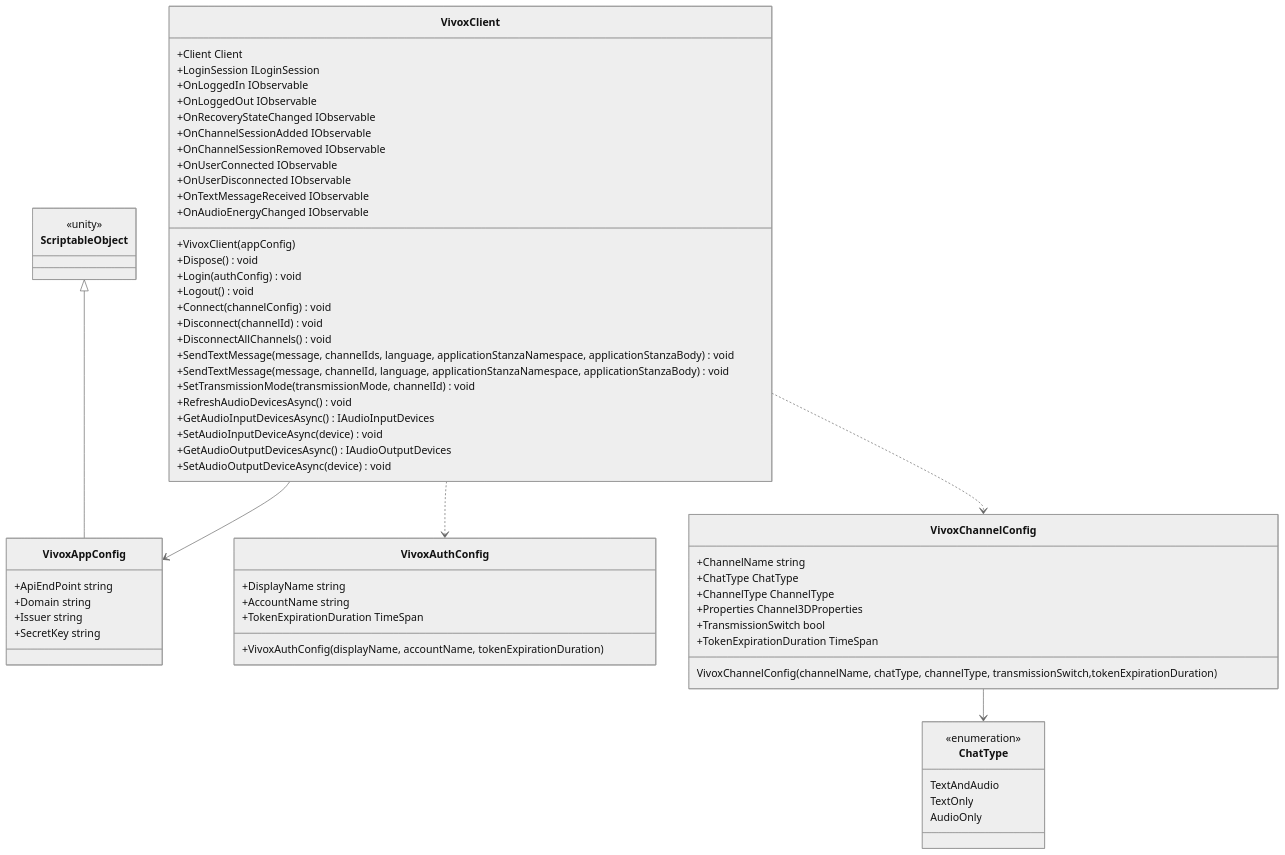
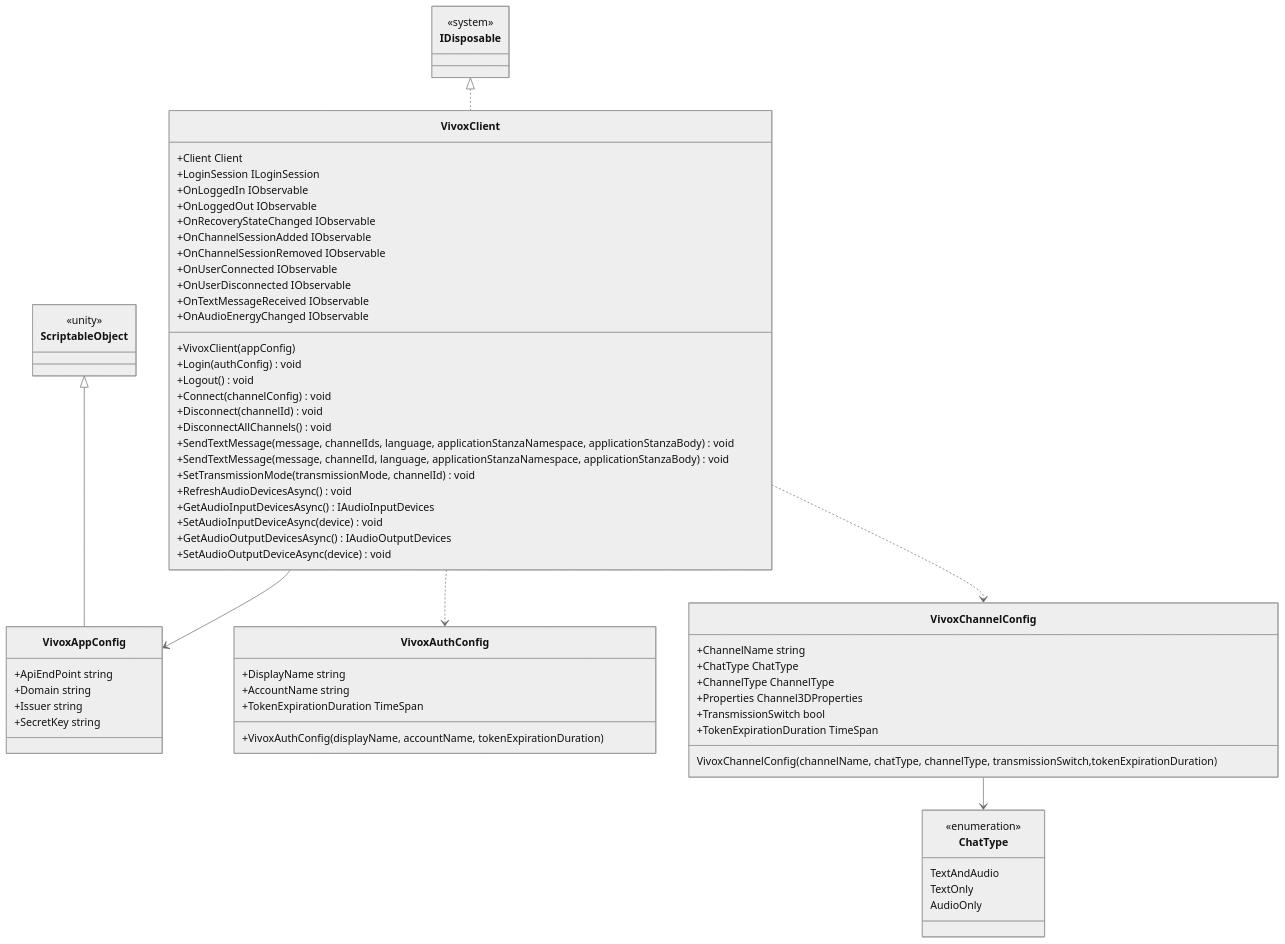
One commit to extreal-dev/Extreal.Guide changed the diagram in docs/integration/chat.vivox.md. Above: the diagram before and after it, drawn with Mermaid (neutral theme). The commit also changed 1 other file, not shown here.

Commit message:
クラス図にIDisposableを追加

````diff
--- a/docs/integration/chat.vivox.md
+++ b/docs/integration/chat.vivox.md
@@ -40,73 +40,77 @@
 ```mermaid
 classDiagram
 
     VivoxClient --> VivoxAppConfig
     VivoxClient ..> VivoxAuthConfig
     VivoxClient ..> VivoxChannelConfig
     VivoxChannelConfig --> ChatType
     ScriptableObject <|-- VivoxAppConfig
+    IDisposable <|.. VivoxClient
 
     class VivoxClient {
         +Client Client
         +LoginSession ILoginSession
         +OnLoggedIn IObservable
         +OnLoggedOut IObservable
         +OnRecoveryStateChanged IObservable
         +OnChannelSessionAdded IObservable
         +OnChannelSessionRemoved IObservable
         +OnUserConnected IObservable
         +OnUserDisconnected IObservable
         +OnTextMessageReceived IObservable
         +OnAudioEnergyChanged IObservable
         +VivoxClient(appConfig)
-        +Dispose() void
         +Login(authConfig) void
         +Logout() void
         +Connect(channelConfig) void
         +Disconnect(channelId) void
         +DisconnectAllChannels() void
         +SendTextMessage(message, channelIds, language, applicationStanzaNamespace, applicationStanzaBody) void
         +SendTextMessage(message, channelId, language, applicationStanzaNamespace, applicationStanzaBody) void
         +SetTransmissionMode(transmissionMode, channelId) void
         +RefreshAudioDevicesAsync() void
         +GetAudioInputDevicesAsync() IAudioInputDevices
         +SetAudioInputDeviceAsync(device) void
         +GetAudioOutputDevicesAsync() IAudioOutputDevices
         +SetAudioOutputDeviceAsync(device) void
     }
 
     class VivoxAppConfig {
         +ApiEndPoint string
         +Domain string
         +Issuer string
         +SecretKey string
     }
 
     class VivoxAuthConfig {
         +DisplayName string
         +AccountName string
         +TokenExpirationDuration TimeSpan
         +VivoxAuthConfig(displayName, accountName,  tokenExpirationDuration)
     }
 
     class ChatType {
         <<enumeration>>
         TextAndAudio
         TextOnly
         AudioOnly
     }
 
     class VivoxChannelConfig {
         +ChannelName string
         +ChatType ChatType
         +ChannelType ChannelType
         +Properties Channel3DProperties
         +TransmissionSwitch bool
         +TokenExpirationDuration TimeSpan
         VivoxChannelConfig(channelName, chatType, channelType, transmissionSwitch,tokenExpirationDuration)
     }
 
     class ScriptableObject {
         <<unity>>
     }
+
+    class IDisposable {
+        <<system>>
+    }
 ```
````
